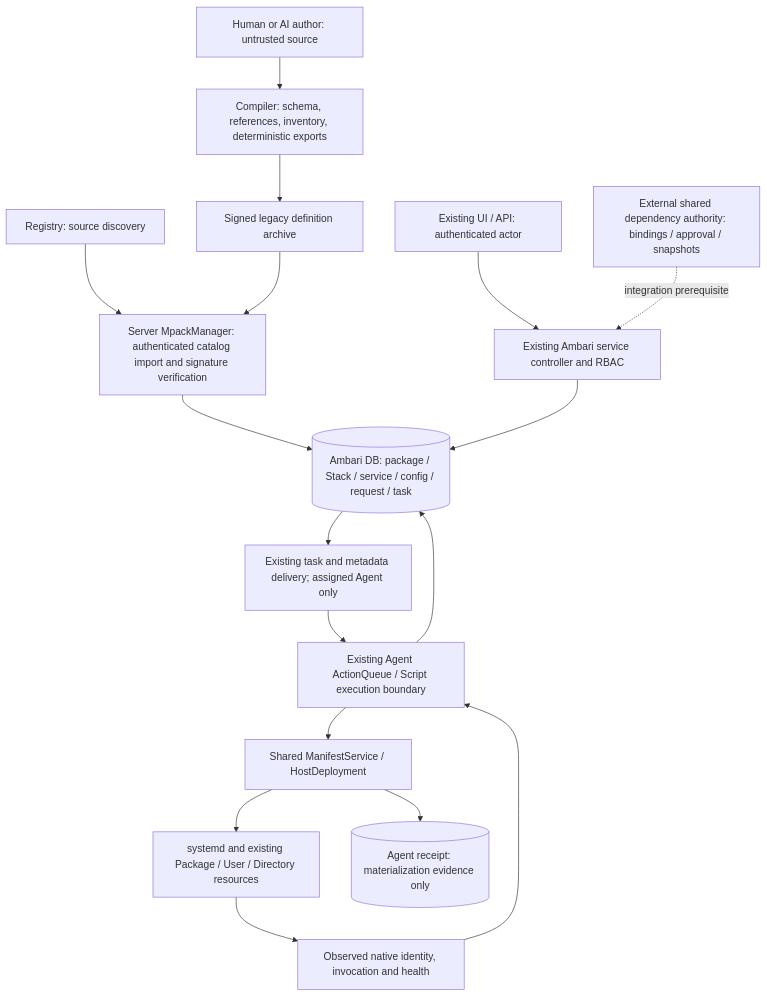
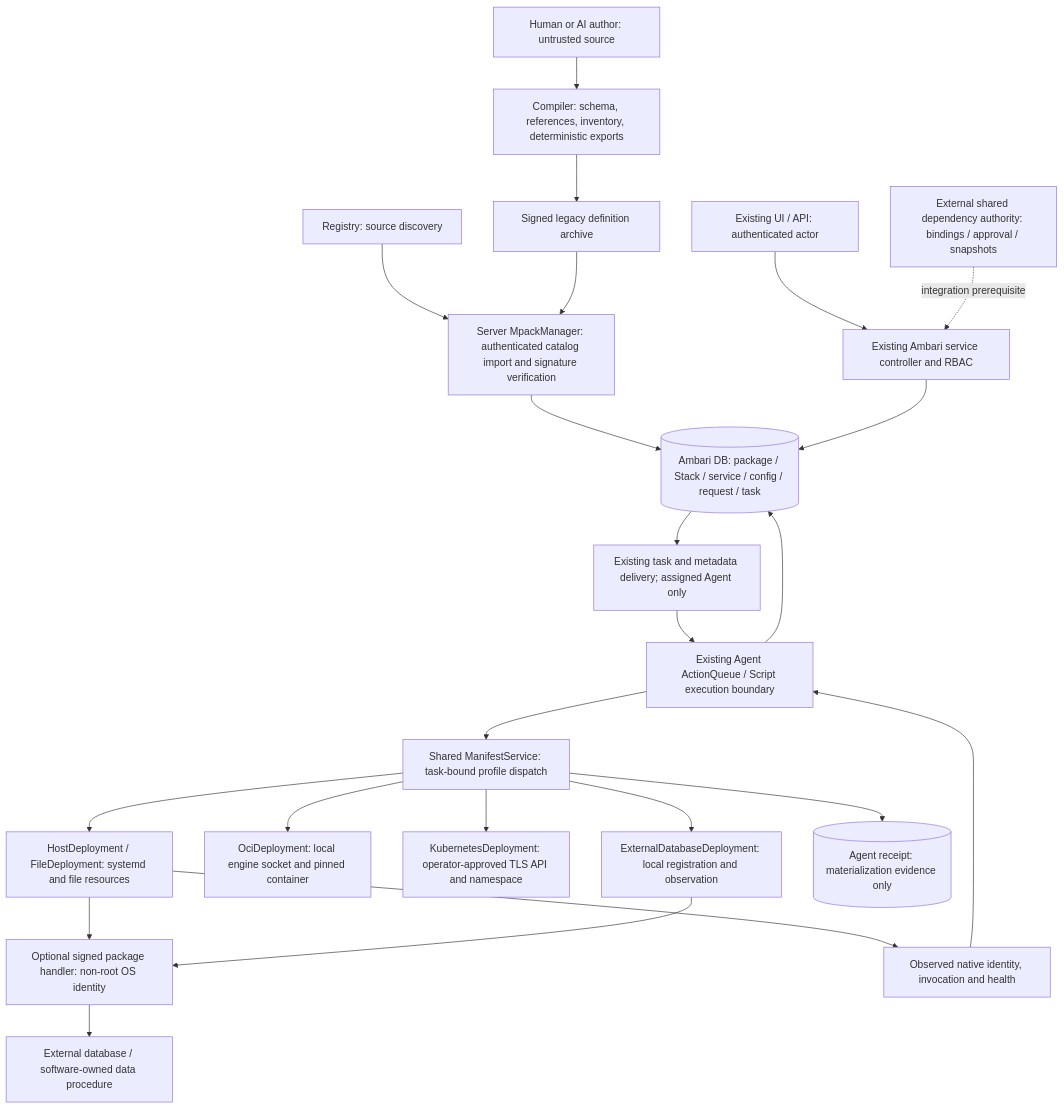
The diagram in docs/mpack-v2/architecture.md (JiaLiangC/ambari), drawn with Mermaid before and after one commit. The commit also changed other lines of this file and 63 other files, not shown here.

````diff
--- a/docs/mpack-v2/architecture.md
+++ b/docs/mpack-v2/architecture.md
@@ -60,19 +65,25 @@
 ```mermaid
 flowchart TD
   A[Human or AI author: untrusted source] --> C[Compiler: schema, references, inventory, deterministic exports]
   C --> B[Signed legacy definition archive]
   R[Registry: source discovery] --> I
   B --> I[Server MpackManager: authenticated catalog import and signature verification]
   U[Existing UI / API: authenticated actor] --> S[Existing Ambari service controller and RBAC]
   I --> DB[(Ambari DB: package / Stack / service / config / request / task)]
   S --> DB
   DB --> T[Existing task and metadata delivery; assigned Agent only]
   T --> AG[Existing Agent ActionQueue / Script execution boundary]
-  AG --> H[Shared ManifestService / HostDeployment]
-  H --> N[systemd and existing Package / User / Directory resources]
+  AG --> H[Shared ManifestService: task-bound profile dispatch]
+  H --> N[HostDeployment / FileDeployment: systemd and file resources]
+  H --> OCI[OciDeployment: local engine socket and pinned container]
+  H --> K[KubernetesDeployment: operator-approved TLS API and namespace]
+  H --> E[ExternalDatabaseDeployment: local registration and observation]
+  N --> PH[Optional signed package handler: non-root OS identity]
+  E --> PH
+  PH --> EX[External database / software-owned data procedure]
   H --> L[(Agent receipt: materialization evidence only)]
   N --> O[Observed native identity, invocation and health]
   O --> AG
   AG --> DB
   D[External shared dependency authority: bindings / approval / snapshots] -. integration prerequisite .-> S
 ```
````
